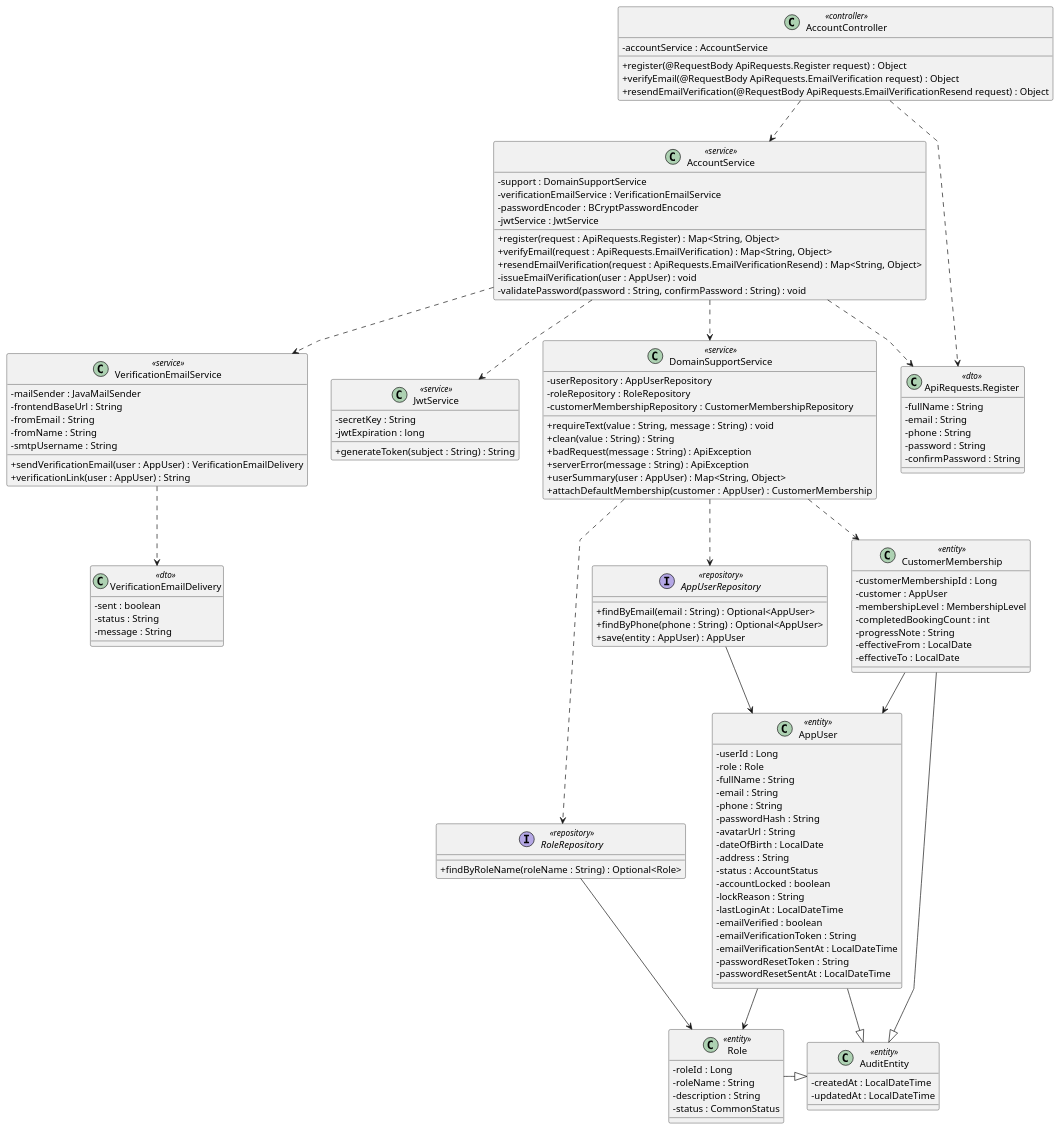
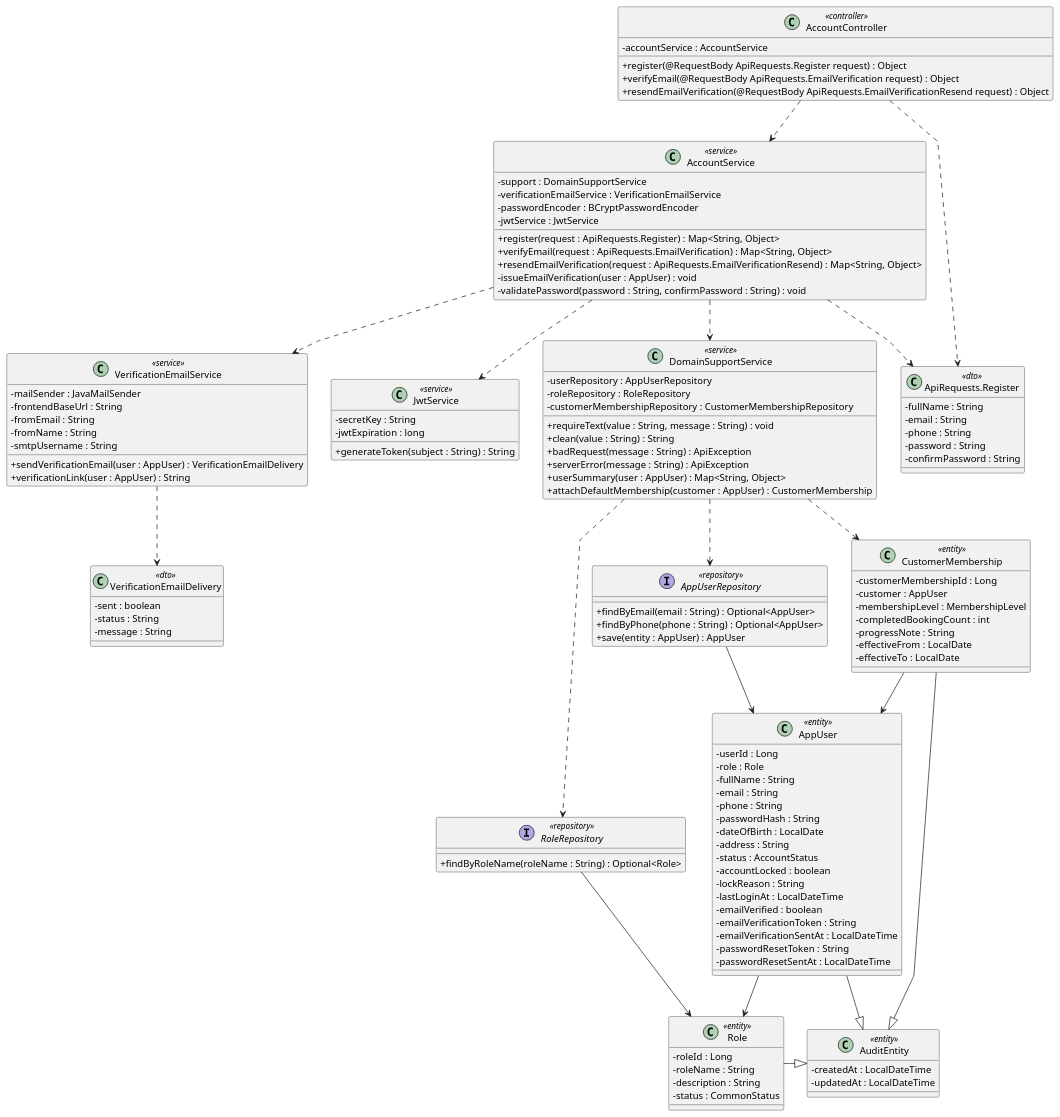
One commit to maxwell1904/SWP391_G3 changed the diagram in docs/Class Diagram/register.puml. Above: the diagram before and after it, drawn with PlantUML. The commit also changed 49 other files, not shown here.

```diff
--- a/docs/Class Diagram/register.puml
+++ b/docs/Class Diagram/register.puml
@@ -1,144 +1,143 @@
 @startuml
 
 skinparam classAttributeIconSize 0
 skinparam linetype polyline
 
 class AccountController <<controller>> {
     -accountService : AccountService
 
     +register(@RequestBody ApiRequests.Register request) : Object
     +verifyEmail(@RequestBody ApiRequests.EmailVerification request) : Object
     +resendEmailVerification(@RequestBody ApiRequests.EmailVerificationResend request) : Object
 }
 
 class AccountService <<service>> {
     -support : DomainSupportService
     -verificationEmailService : VerificationEmailService
     -passwordEncoder : BCryptPasswordEncoder
     -jwtService : JwtService
 
     +register(request : ApiRequests.Register) : Map<String, Object>
     +verifyEmail(request : ApiRequests.EmailVerification) : Map<String, Object>
     +resendEmailVerification(request : ApiRequests.EmailVerificationResend) : Map<String, Object>
     -issueEmailVerification(user : AppUser) : void
     -validatePassword(password : String, confirmPassword : String) : void
 }
 
 class DomainSupportService <<service>> {
     -userRepository : AppUserRepository
     -roleRepository : RoleRepository
     -customerMembershipRepository : CustomerMembershipRepository
 
     +requireText(value : String, message : String) : void
     +clean(value : String) : String
     +badRequest(message : String) : ApiException
     +serverError(message : String) : ApiException
     +userSummary(user : AppUser) : Map<String, Object>
     +attachDefaultMembership(customer : AppUser) : CustomerMembership
 }
 
 class VerificationEmailService <<service>> {
     -mailSender : JavaMailSender
     -frontendBaseUrl : String
     -fromEmail : String
     -fromName : String
     -smtpUsername : String
 
     +sendVerificationEmail(user : AppUser) : VerificationEmailDelivery
     +verificationLink(user : AppUser) : String
 }
 
 class JwtService <<service>> {
     -secretKey : String
     -jwtExpiration : long
 
     +generateToken(subject : String) : String
 }
 
 class "ApiRequests.Register" as RegisterDTO <<dto>> {
     -fullName : String
     -email : String
     -phone : String
     -password : String
     -confirmPassword : String
 }
 
 class VerificationEmailDelivery <<dto>> {
     -sent : boolean
     -status : String
     -message : String
 }
 
 interface AppUserRepository <<repository>> {
     +findByEmail(email : String) : Optional<AppUser>
     +findByPhone(phone : String) : Optional<AppUser>
     +save(entity : AppUser) : AppUser
 }
 
 interface RoleRepository <<repository>> {
     +findByRoleName(roleName : String) : Optional<Role>
 }
 
 class AuditEntity <<entity>> {
     -createdAt : LocalDateTime
     -updatedAt : LocalDateTime
 }
 
 class AppUser <<entity>> {
     -userId : Long
     -role : Role
     -fullName : String
     -email : String
     -phone : String
     -passwordHash : String
-    -avatarUrl : String
     -dateOfBirth : LocalDate
     -address : String
     -status : AccountStatus
     -accountLocked : boolean
     -lockReason : String
     -lastLoginAt : LocalDateTime
     -emailVerified : boolean
     -emailVerificationToken : String
     -emailVerificationSentAt : LocalDateTime
     -passwordResetToken : String
     -passwordResetSentAt : LocalDateTime
 }
 
 class Role <<entity>> {
     -roleId : Long
     -roleName : String
     -description : String
     -status : CommonStatus
 }
 
 class CustomerMembership <<entity>> {
     -customerMembershipId : Long
     -customer : AppUser
     -membershipLevel : MembershipLevel
     -completedBookingCount : int
     -progressNote : String
     -effectiveFrom : LocalDate
     -effectiveTo : LocalDate
 }
 
 ' Relationships
 AccountController ..> AccountService
 AccountController ..> RegisterDTO
 AccountService ..> RegisterDTO
 AccountService ..> DomainSupportService
 AccountService ..> VerificationEmailService
 AccountService ..> JwtService
 VerificationEmailService ..> VerificationEmailDelivery
 DomainSupportService ..> AppUserRepository
 DomainSupportService ..> RoleRepository
 DomainSupportService ..> CustomerMembership
 AppUserRepository --> AppUser
 RoleRepository --> Role
 AppUser -|> AuditEntity
 Role -|> AuditEntity
 CustomerMembership -|> AuditEntity
 CustomerMembership --> AppUser
 AppUser --> Role
 
 @enduml
```
